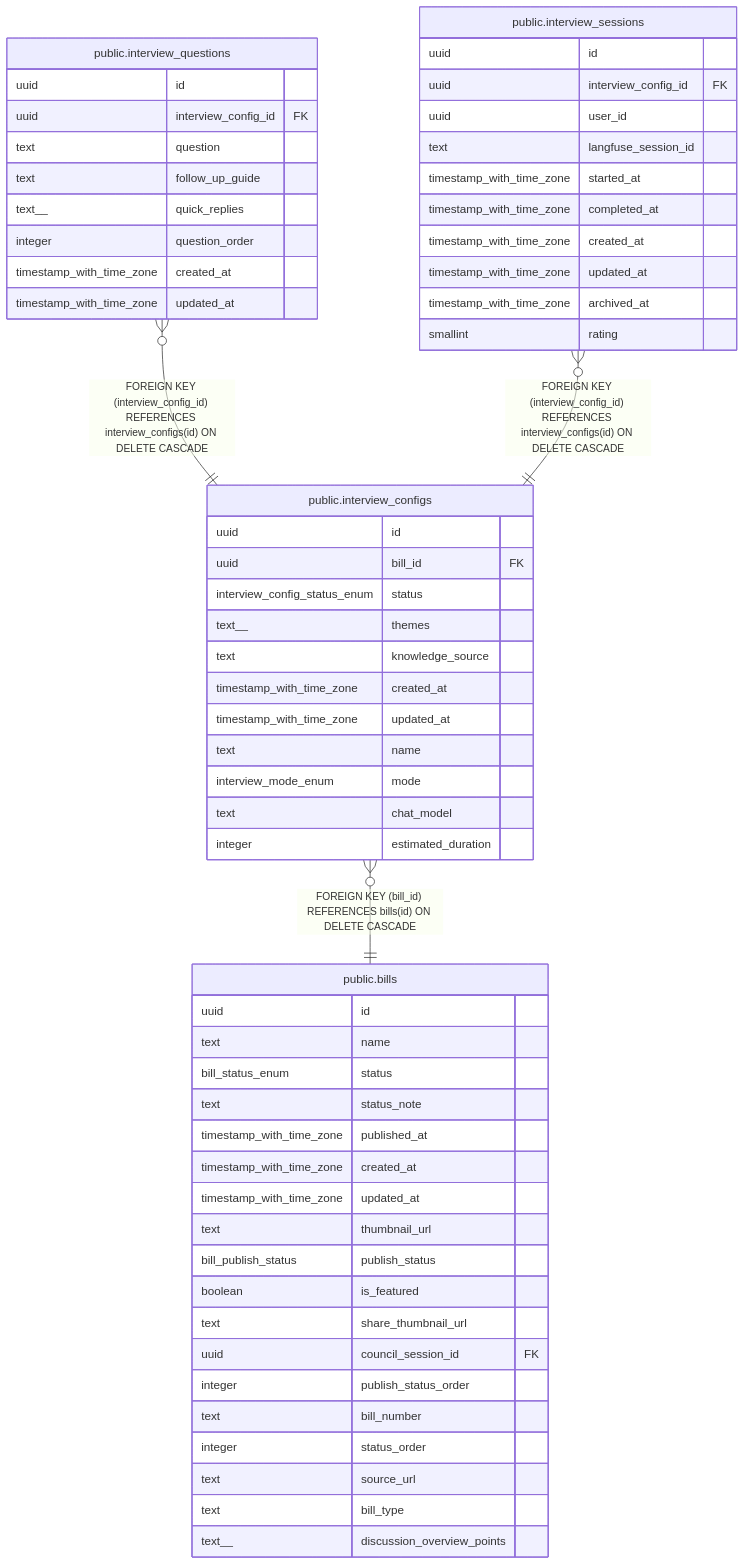
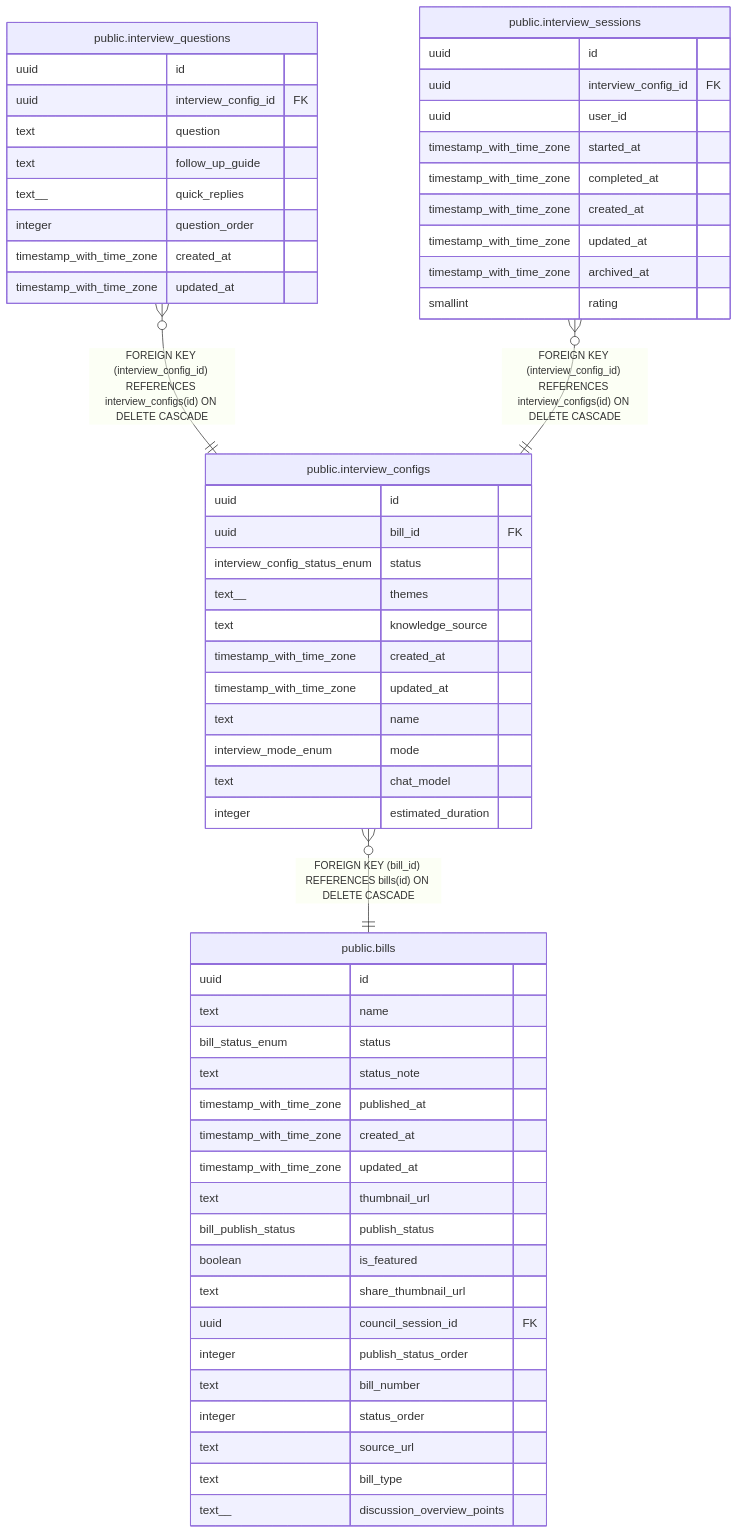
The diagram in docs/schema/public.interview_configs.md (s-takahashi-hokkaido/dejimin-gikai), drawn with Mermaid before and after one commit. The commit also changed 61 other files, not shown here.

````diff
--- a/docs/schema/public.interview_configs.md
+++ b/docs/schema/public.interview_configs.md
@@ -47,63 +47,62 @@
 ```mermaid
 erDiagram
 
 "public.interview_questions" }o--|| "public.interview_configs" : "FOREIGN KEY (interview_config_id) REFERENCES interview_configs(id) ON DELETE CASCADE"
 "public.interview_sessions" }o--|| "public.interview_configs" : "FOREIGN KEY (interview_config_id) REFERENCES interview_configs(id) ON DELETE CASCADE"
 "public.interview_configs" }o--|| "public.bills" : "FOREIGN KEY (bill_id) REFERENCES bills(id) ON DELETE CASCADE"
 
 "public.interview_configs" {
   uuid id
   uuid bill_id FK
   interview_config_status_enum status
   text__ themes
   text knowledge_source
   timestamp_with_time_zone created_at
   timestamp_with_time_zone updated_at
   text name
   interview_mode_enum mode
   text chat_model
   integer estimated_duration
 }
 "public.interview_questions" {
   uuid id
   uuid interview_config_id FK
   text question
   text follow_up_guide
   text__ quick_replies
   integer question_order
   timestamp_with_time_zone created_at
   timestamp_with_time_zone updated_at
 }
 "public.interview_sessions" {
   uuid id
   uuid interview_config_id FK
   uuid user_id
-  text langfuse_session_id
   timestamp_with_time_zone started_at
   timestamp_with_time_zone completed_at
   timestamp_with_time_zone created_at
   timestamp_with_time_zone updated_at
   timestamp_with_time_zone archived_at
   smallint rating
 }
 "public.bills" {
   uuid id
   text name
   bill_status_enum status
   text status_note
   timestamp_with_time_zone published_at
   timestamp_with_time_zone created_at
   timestamp_with_time_zone updated_at
   text thumbnail_url
   bill_publish_status publish_status
   boolean is_featured
   text share_thumbnail_url
   uuid council_session_id FK
   integer publish_status_order
   text bill_number
   integer status_order
   text source_url
   text bill_type
   text__ discussion_overview_points
 }
 ```
````
